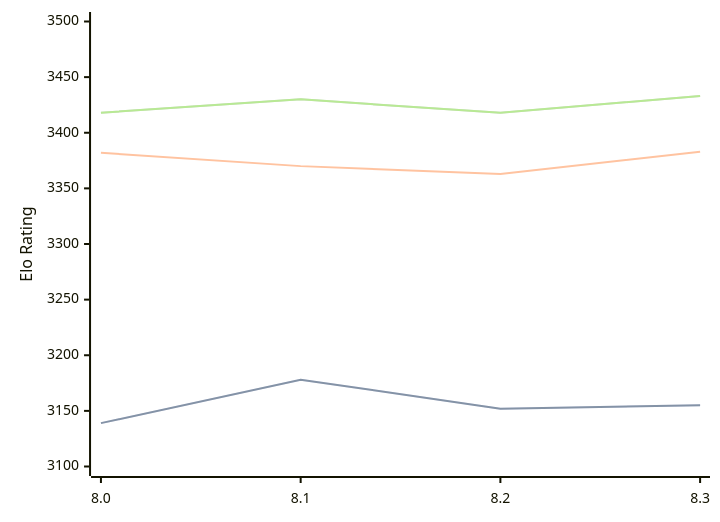
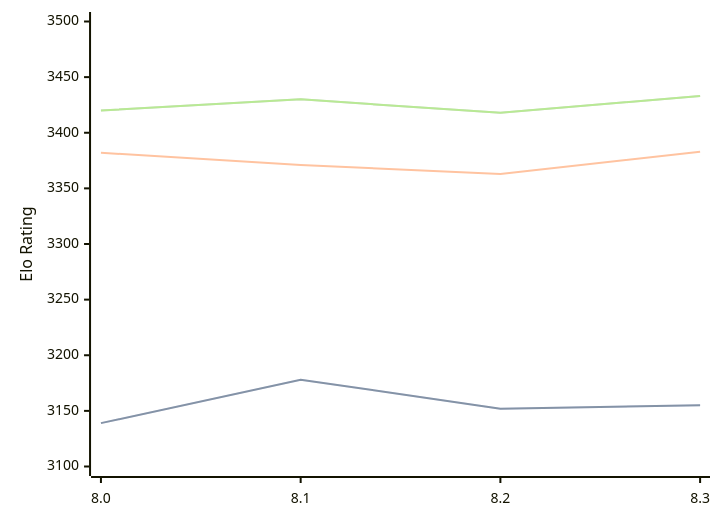
One commit to computer-chess-index/cci changed the diagram in engines/Alexander.md. Above: the diagram before and after it, drawn with Mermaid. The commit also changed other lines of this file, not shown here.

Commit message:
Update CCI Ratings (ELO VLTC) - 2026-09-06

````diff
--- a/engines/Alexander.md
+++ b/engines/Alexander.md
@@ -34,11 +34,11 @@
 ```mermaid
 %%{init: {"theme":"base","themeVariables":{"seriesColors:['#a3a3a3','#222221','#faa371']}}}%%
 xychart-beta
   x-axis ["8.0", "8.1", "8.2", "8.3"]
   y-axis "Elo Rating" 3100 --> 3500
   line "" [3139, 3178, 3152, 3155]
   line "STC (8.0+0.08s)" [3139, 3178, 3152, 3155]
-  line "LTC (60.0+0.60s)" [3382, 3370, 3363, 3383]
-  line "" [3418, 3430, 3418, 3433]
-  line "VLTC (2m24s+1.12s)" [3418, 3430, 3418, 3433]
+  line "LTC (60.0+0.60s)" [3382, 3371, 3363, 3383]
+  line "" [3420, 3430, 3418, 3433]
+  line "VLTC (2m24s+1.12s)" [3420, 3430, 3418, 3433]
 ```
````
